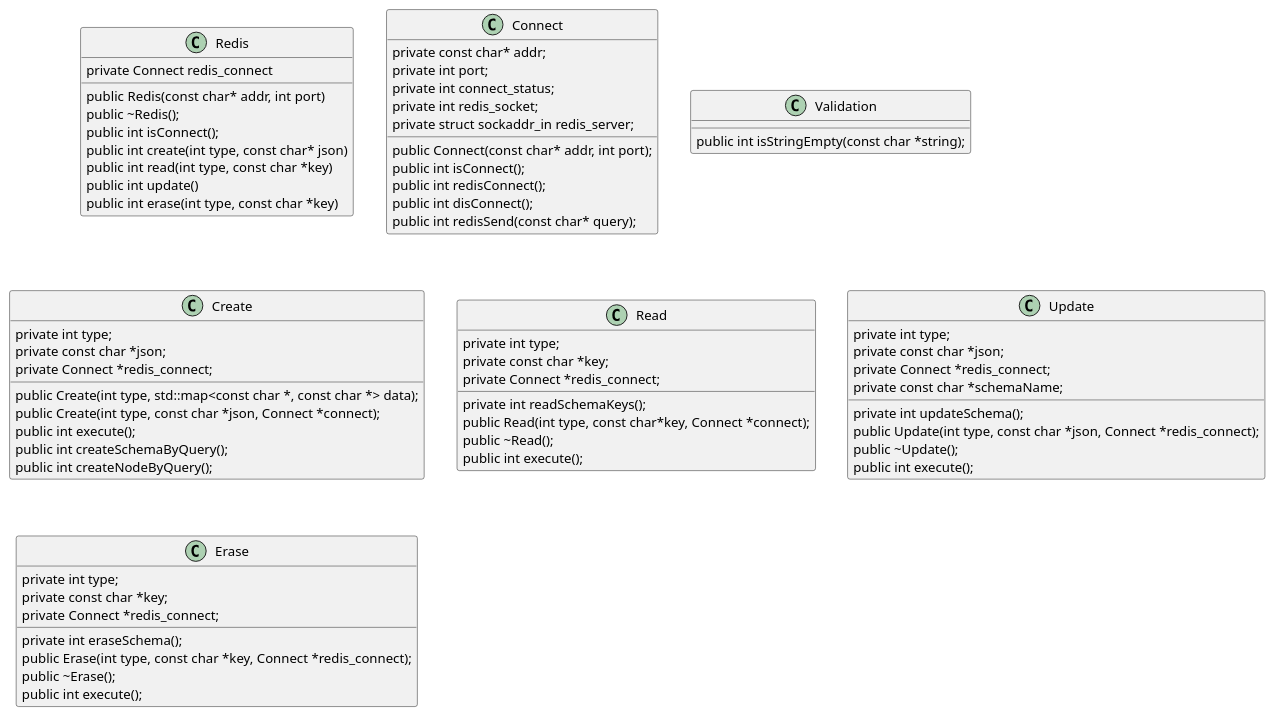
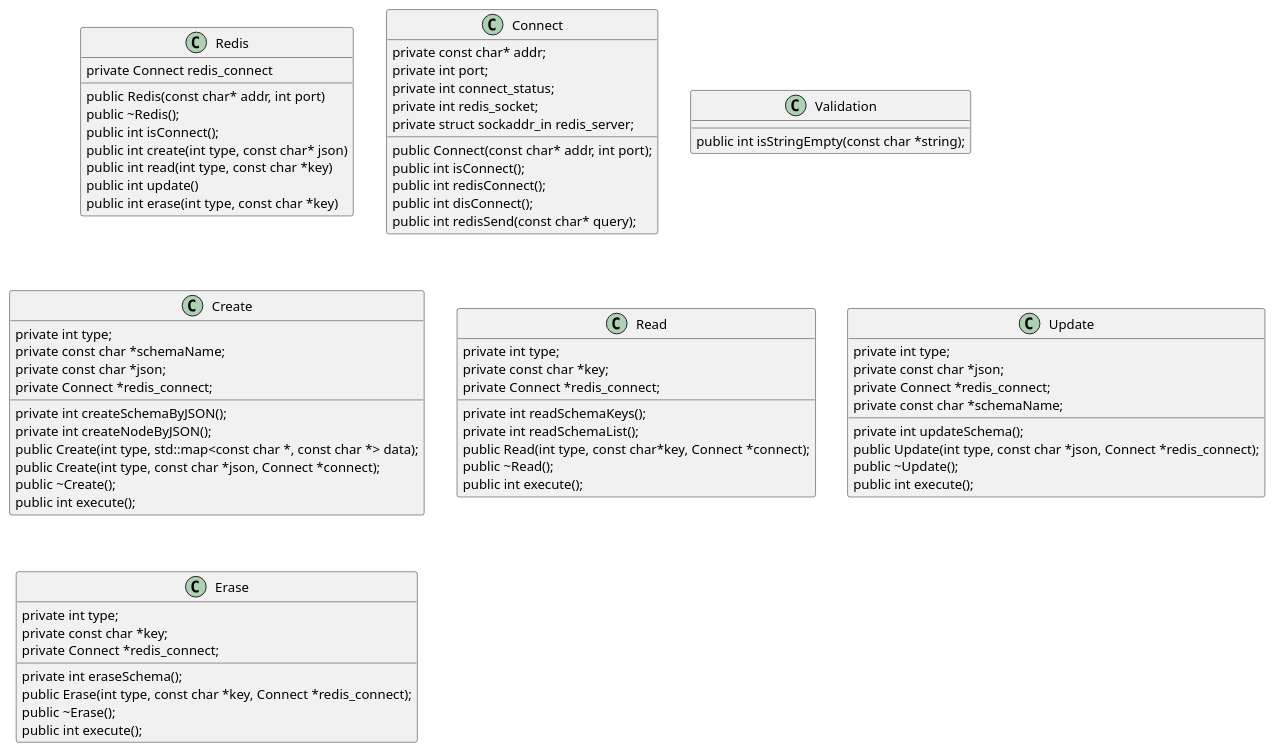
Before and after one commit to pymc20/redis: the diagram in doc/class.puml, drawn with PlantUML.

Commit message:
is modifying

```diff
--- a/doc/class.puml
+++ b/doc/class.puml
@@ -1,72 +1,76 @@
 @startuml uml
 class Redis
 {
     private Connect redis_connect
     public Redis(const char* addr, int port)
     public ~Redis();
     public int isConnect();
     public int create(int type, const char* json)
     public int read(int type, const char *key)
     public int update()
     public int erase(int type, const char *key)
 }
 class Connect
 {
     private const char* addr;
     private int port;
     private int connect_status;
     private int redis_socket;
     private struct sockaddr_in redis_server;
     public Connect(const char* addr, int port);
     public int isConnect();
     public int redisConnect();
     public int disConnect();
     public int redisSend(const char* query);
 }
 class Validation
 {
     public int isStringEmpty(const char *string);
 }
 class Create
 {
     private int type;
+    private const char *schemaName;
     private const char *json;
     private Connect *redis_connect;
+    private int createSchemaByJSON();
+    private int createNodeByJSON();
     public Create(int type, std::map<const char *, const char *> data);
     public Create(int type, const char *json, Connect *connect);
+    public ~Create();
     public int execute();
-    public int createSchemaByQuery();
-    public int createNodeByQuery();
+    
 }
 class Read
 {
     private int type;
     private const char *key;
     private Connect *redis_connect;
     private int readSchemaKeys();
+    private int readSchemaList();
     public Read(int type, const char*key, Connect *connect);
     public ~Read();
     public int execute();
 }
 class Update
 {
     private int type;
     private const char *json;
     private Connect *redis_connect;
     private const char *schemaName;
     private int updateSchema();
     public Update(int type, const char *json, Connect *redis_connect);
     public ~Update();
     public int execute();
 }
 class Erase
 {
     private int eraseSchema();
     private int type;
     private const char *key;
     private Connect *redis_connect;
     public Erase(int type, const char *key, Connect *redis_connect);
     public ~Erase();
     public int execute();
 }
 @enduml
```
